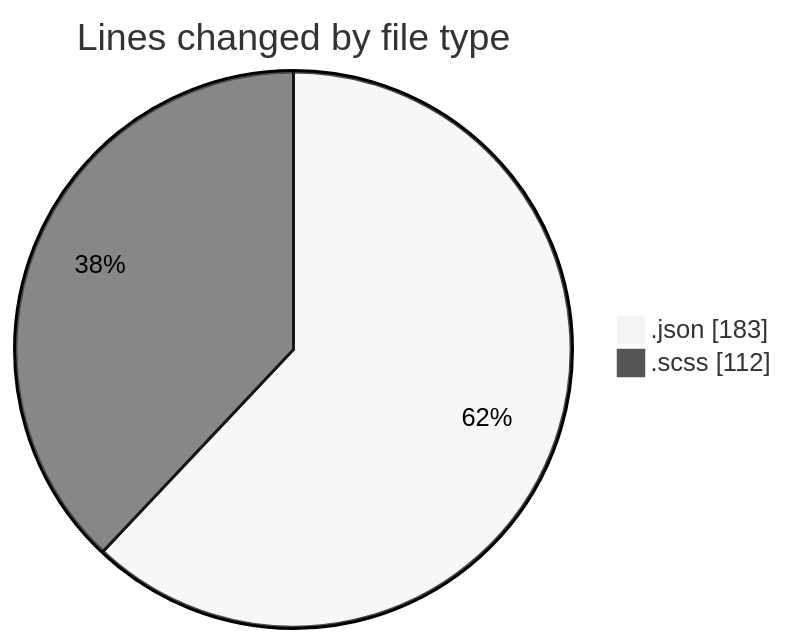
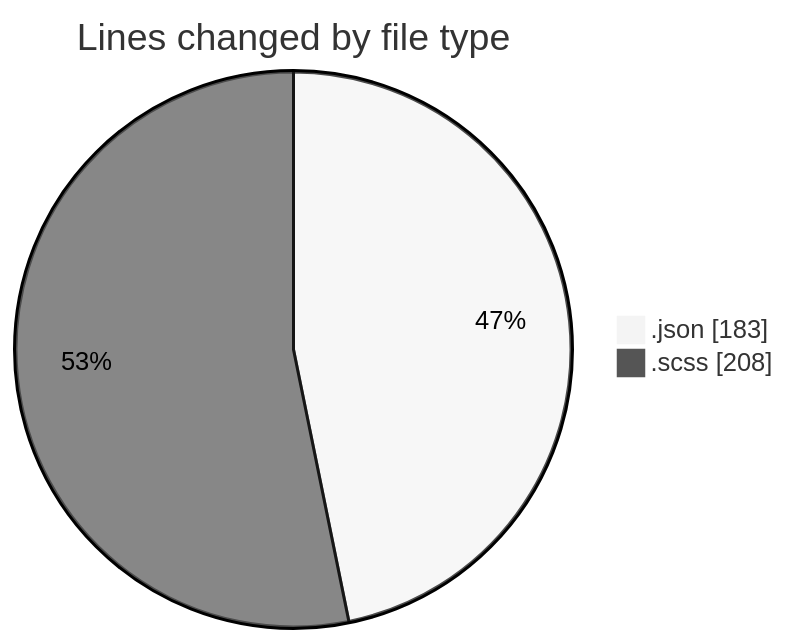
The first of 2 diagrams in 2026-01-20/cda/README.md (momahboobian/code-tracking), drawn with Mermaid (neutral theme) before and after one commit. The commit also changed other lines of this file and 1 other file, not shown here.

````diff
--- a/2026-01-20/cda/README.md
+++ b/2026-01-20/cda/README.md
@@ -21,6 +22,6 @@
 ```mermaid
 pie showData
 title Lines changed by file type
 ".json" : 183
-".scss" : 112
+".scss" : 208
 ```
````
